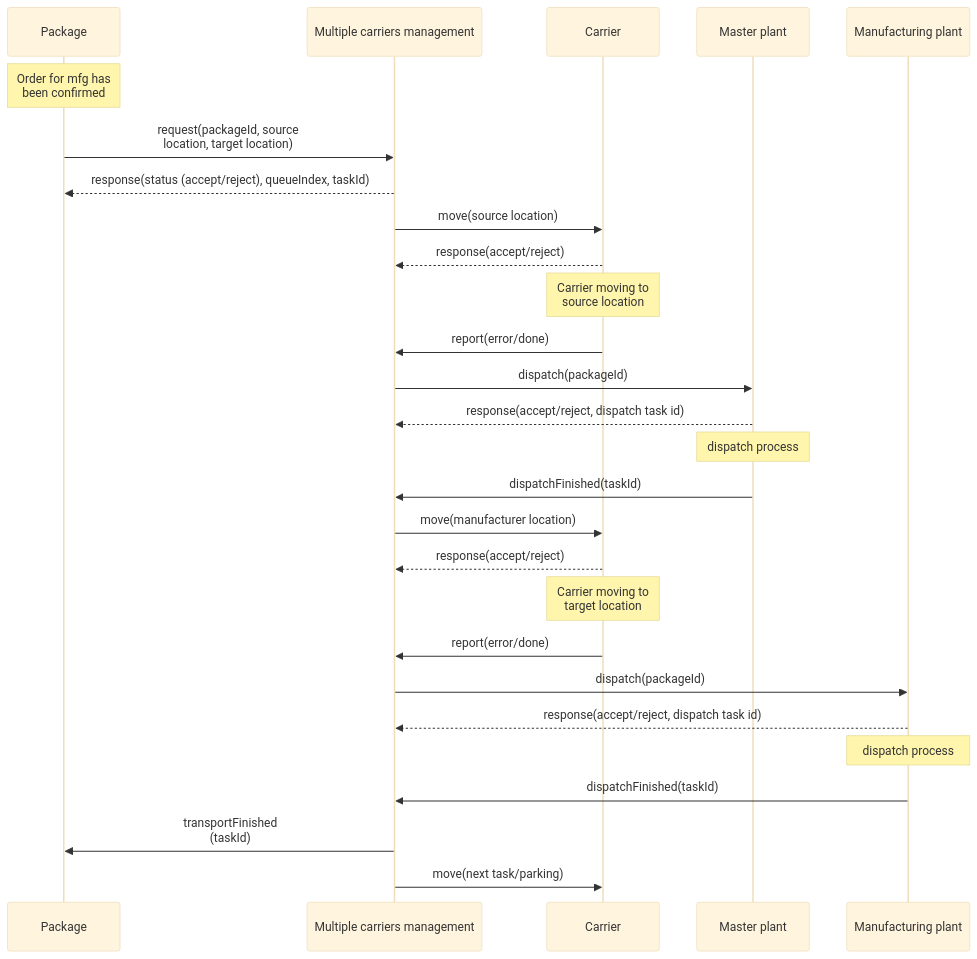
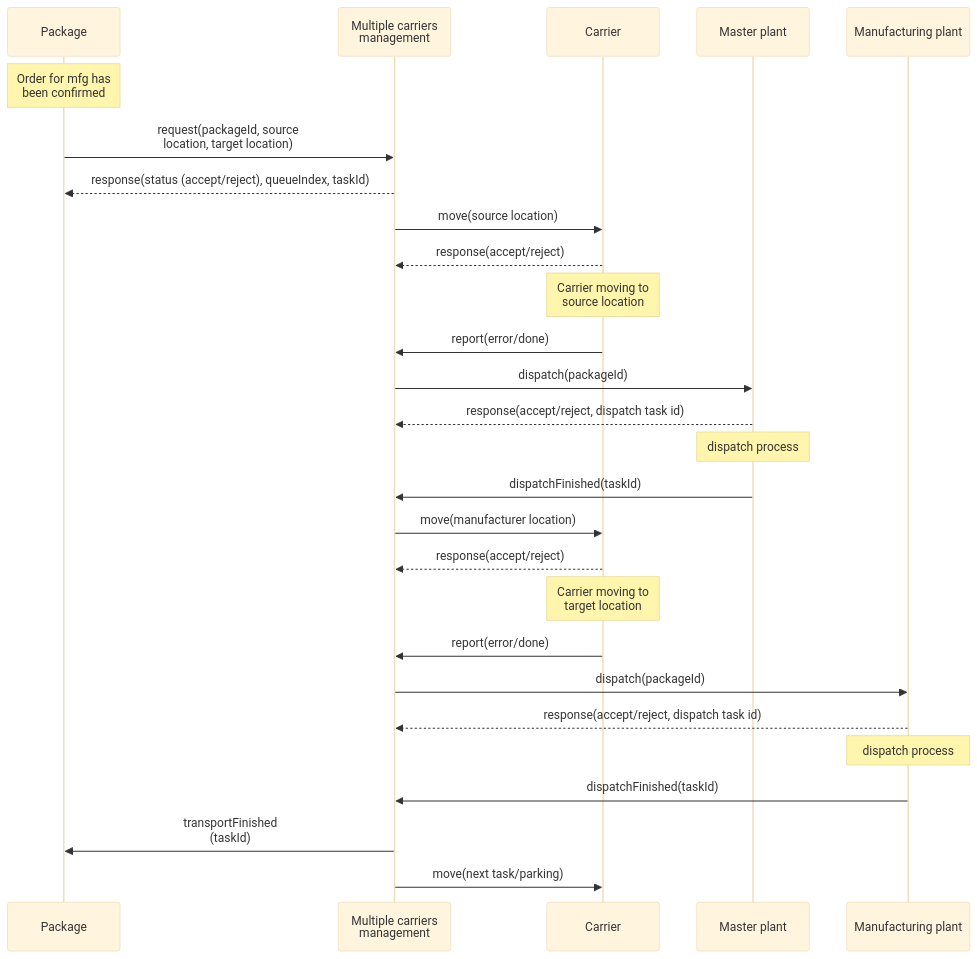
One commit to fsprojekti/shr-mfg-platform changed the second of 2 diagrams in README.md. Above: the diagram before and after it, drawn with Mermaid (base theme).

````diff
--- a/README.md
+++ b/README.md
@@ -56,33 +56,33 @@
 ```mermaid
 
 sequenceDiagram
 participant P as Package
     Note over P: Order for mfg has<br> been confirmed
-participant C as Multiple carriers management
+participant C as Multiple carriers <br>management
 participant A as Carrier
 participant O as Master plant 
 participant M as Manufacturing plant 
 
 P->>C: request(packageId, source <br>location, target location)
 C-->>P: response(status (accept/reject), queueIndex, taskId)
 C->>A: move(source location)
 A-->>C: response(accept/reject)
 Note over A: Carrier moving to <br>source location
 A->>C: report(error/done)
 C->>O: dispatch(packageId)
 O-->>C: response(accept/reject, dispatch task id)
 Note over O: dispatch process
 O->>C: dispatchFinished(taskId)
 C->>A: move(manufacturer location)
 
 A-->>C: response(accept/reject)
 Note over A: Carrier moving to <br>target location
 A->>C: report(error/done)
 C->>M: dispatch(packageId)
 M-->>C: response(accept/reject, dispatch task id)
 Note over M: dispatch process
 M->>C: dispatchFinished(taskId)
 C->>P: transportFinished <br>(taskId)
 C->>A: move(next task/parking)
 
 ```
````
